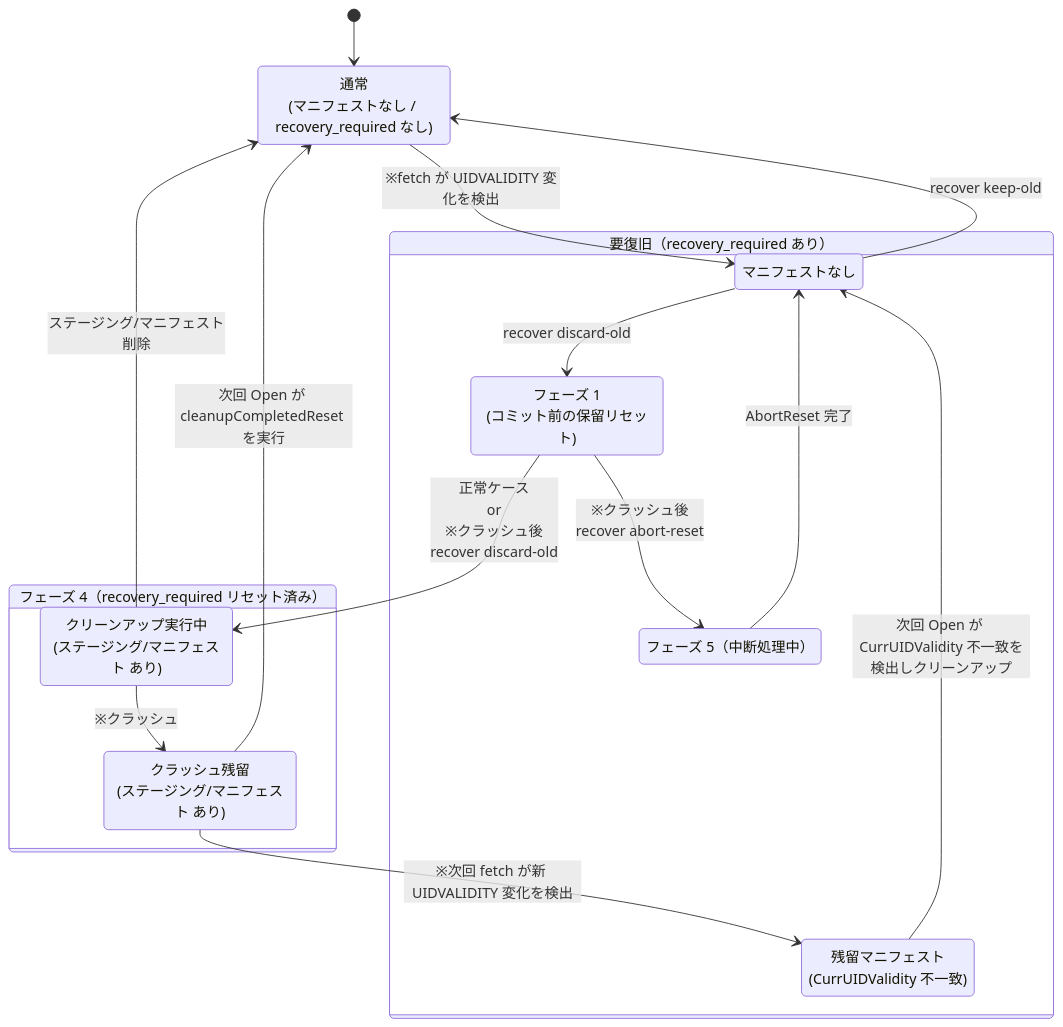
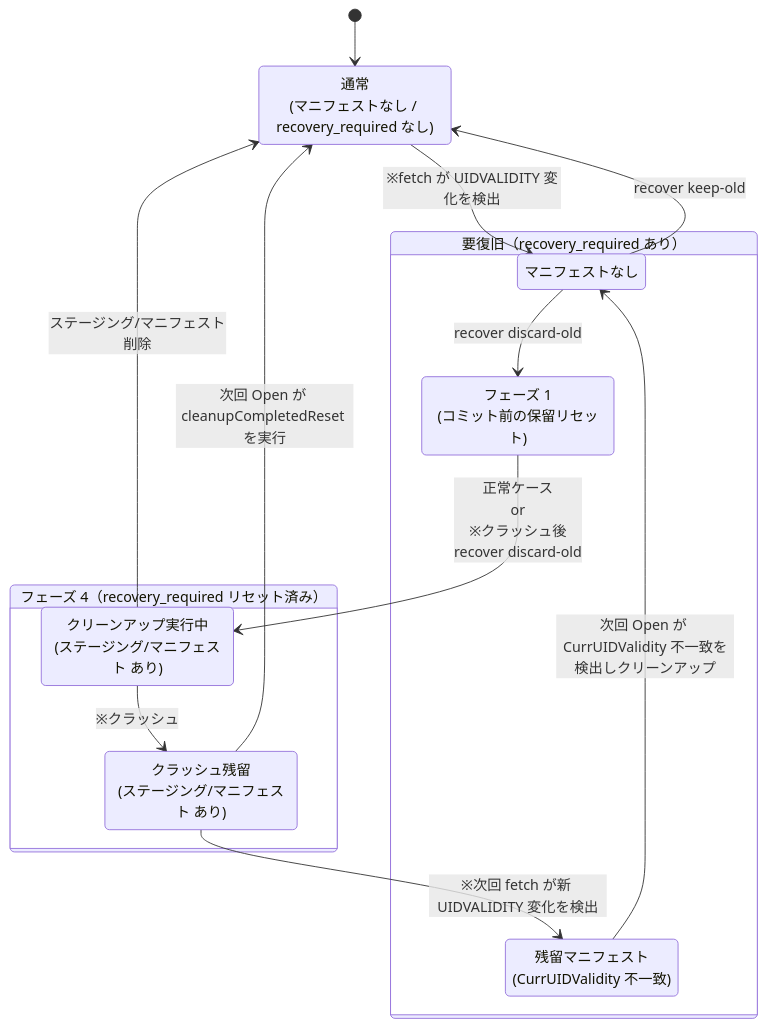
The diagram in docs/dev/adr/0003_reset_phase_design.ja.md (isseis/tlsrpt-digest), drawn with Mermaid before and after one commit. The commit also changed other lines of this file and 4 other files, not shown here.

````diff
--- a/docs/dev/adr/0003_reset_phase_design.ja.md
+++ b/docs/dev/adr/0003_reset_phase_design.ja.md
@@ -91,29 +89,26 @@
 ```mermaid
 stateDiagram-v2
     state "通常<br/>(マニフェストなし / recovery_required なし)" as Normal
     [*] --> Normal
 
     state "要復旧（recovery_required あり）" as RecoveryReq {
         state "マニフェストなし" as RR
         state "残留マニフェスト<br/>(CurrUIDValidity 不一致)" as StaleM
         state "フェーズ 1<br/>(コミット前の保留リセット)" as P1
-        state "フェーズ 5（中断処理中）" as P5
     }
 
     state "フェーズ 4（recovery_required リセット済み）" as Phase4 {
         state "クリーンアップ実行中<br/>(ステージング/マニフェスト あり)" as P4a
         state "クラッシュ残留<br/>(ステージング/マニフェスト あり)" as P4b
         P4a --> P4b : ※クラッシュ
     }
 
     Normal --> RR : ※fetch が UIDVALIDITY 変化を検出
     RR --> Normal : recover keep-old
     RR --> P1 : recover discard-old
     P1 --> P4a : 正常ケース<br>or<br>※クラッシュ後<br>recover discard-old
-    P1 --> P5 : ※クラッシュ後<br>recover abort-reset
-    P5 --> RR : AbortReset 完了
     P4a --> Normal : ステージング/マニフェスト削除
     P4b --> Normal : 次回 Open が cleanupCompletedReset を実行
     P4b --> StaleM : ※次回 fetch が新 UIDVALIDITY 変化を検出
     StaleM --> RR : 次回 Open が CurrUIDValidity 不一致を検出しクリーンアップ
 ```
````
